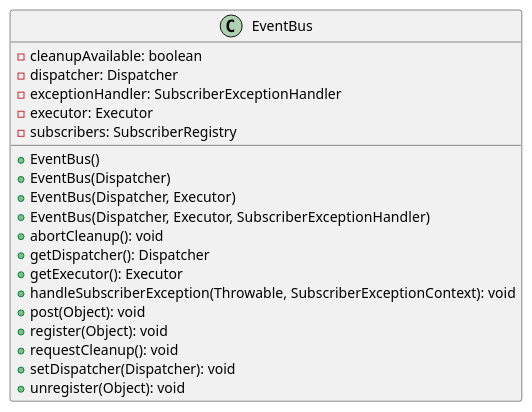
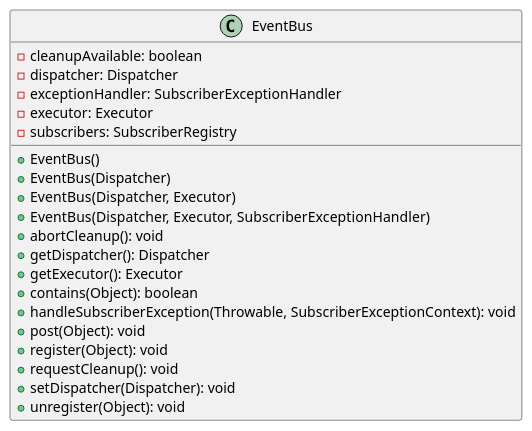
The diagram in malokhvii-eduard/malokhvii05/doc/plantuml/ua/khpi/oop/malokhvii05/common/eventbus/publish/EventBus.puml (P-Kalin/kit26a), drawn with PlantUML before and after one commit. The commit also changed 53 other files, not shown here.

Commit message:
#3, #9 malokhvii05: update graphs

```diff
--- a/malokhvii-eduard/malokhvii05/doc/plantuml/ua/khpi/oop/malokhvii05/common/eventbus/publish/EventBus.puml
+++ b/malokhvii-eduard/malokhvii05/doc/plantuml/ua/khpi/oop/malokhvii05/common/eventbus/publish/EventBus.puml
@@ -1,24 +1,25 @@
 @startuml
 
     class EventBus {
         -cleanupAvailable: boolean
         -dispatcher: Dispatcher
         -exceptionHandler: SubscriberExceptionHandler
         -executor: Executor
         -subscribers: SubscriberRegistry
         +EventBus()
         +EventBus(Dispatcher)
         +EventBus(Dispatcher, Executor)
         +EventBus(Dispatcher, Executor, SubscriberExceptionHandler)
         +abortCleanup(): void
         +getDispatcher(): Dispatcher
         +getExecutor(): Executor
+        +contains(Object): boolean
         +handleSubscriberException(Throwable, SubscriberExceptionContext): void
         +post(Object): void
         +register(Object): void
         +requestCleanup(): void
         +setDispatcher(Dispatcher): void
         +unregister(Object): void
     }
 
 @enduml
```
